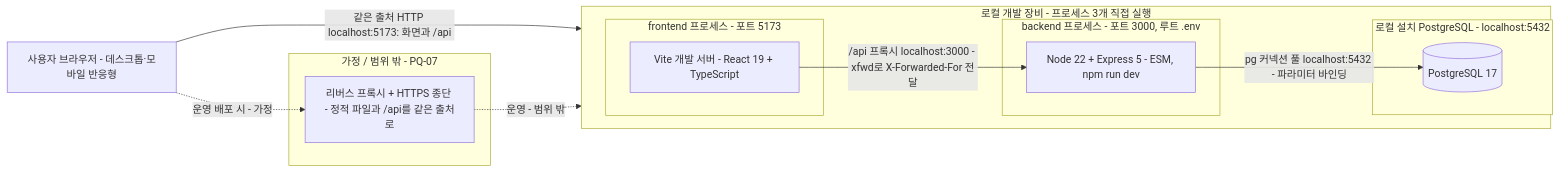
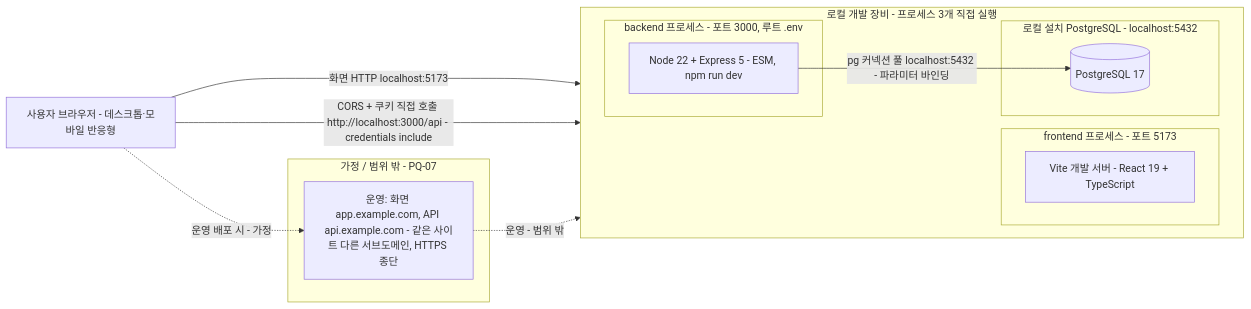
The first of 13 diagrams in docs/6-arch-diagram.md (Palbok-Kim/todolist-app), drawn with Mermaid before and after one commit. The commit also changed other lines of this file and 22 other files, not shown here.

````diff
--- a/docs/6-arch-diagram.md
+++ b/docs/6-arch-diagram.md
@@ -50,24 +51,24 @@
 ```mermaid
 flowchart LR
     U["사용자 브라우저 - 데스크톱·모바일 반응형"]
     subgraph HOST["로컬 개발 장비 - 프로세스 3개 직접 실행"]
         direction LR
         subgraph FE["frontend 프로세스 - 포트 5173"]
             VITE["Vite 개발 서버 - React 19 + TypeScript"]
         end
         subgraph BE["backend 프로세스 - 포트 3000, 루트 .env"]
             API["Node 22 + Express 5 - ESM, npm run dev"]
         end
         subgraph DBC["로컬 설치 PostgreSQL - localhost:5432"]
             PG[("PostgreSQL 17")]
         end
     end
     subgraph OUT["가정 / 범위 밖 - PQ-07"]
-        RP["리버스 프록시 + HTTPS 종단 - 정적 파일과 /api를 같은 출처로"]
+        RP["운영: 화면 app.example.com, API api.example.com - 같은 사이트 다른 서브도메인, HTTPS 종단"]
     end
-    U -- "같은 출처 HTTP localhost:5173: 화면과 /api" --> VITE
-    VITE -- "/api 프록시 localhost:3000 - xfwd로 X-Forwarded-For 전달" --> API
+    U -- "화면 HTTP localhost:5173" --> VITE
+    U -- "CORS + 쿠키 직접 호출 http://localhost:3000/api - credentials include" --> API
     API -- "pg 커넥션 풀 localhost:5432 - 파라미터 바인딩" --> PG
     U -. "운영 배포 시 - 가정" .-> RP
     RP -. "운영 - 범위 밖" .-> API
 ```
````
